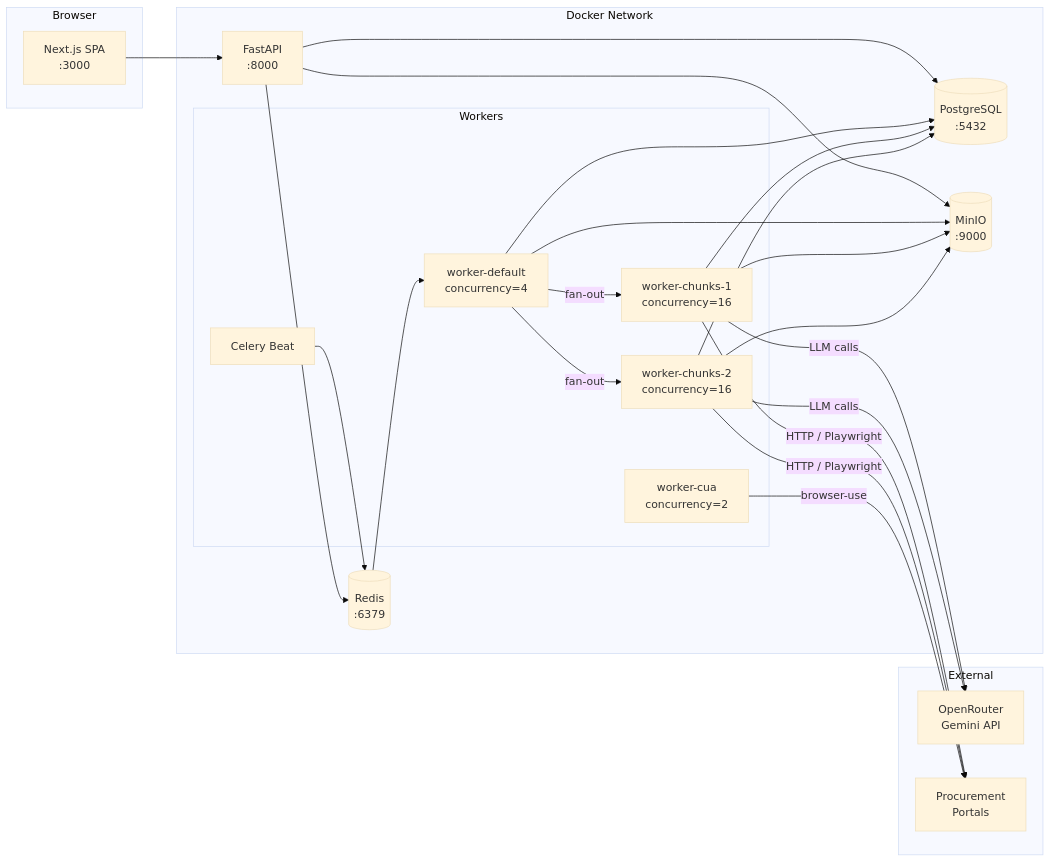
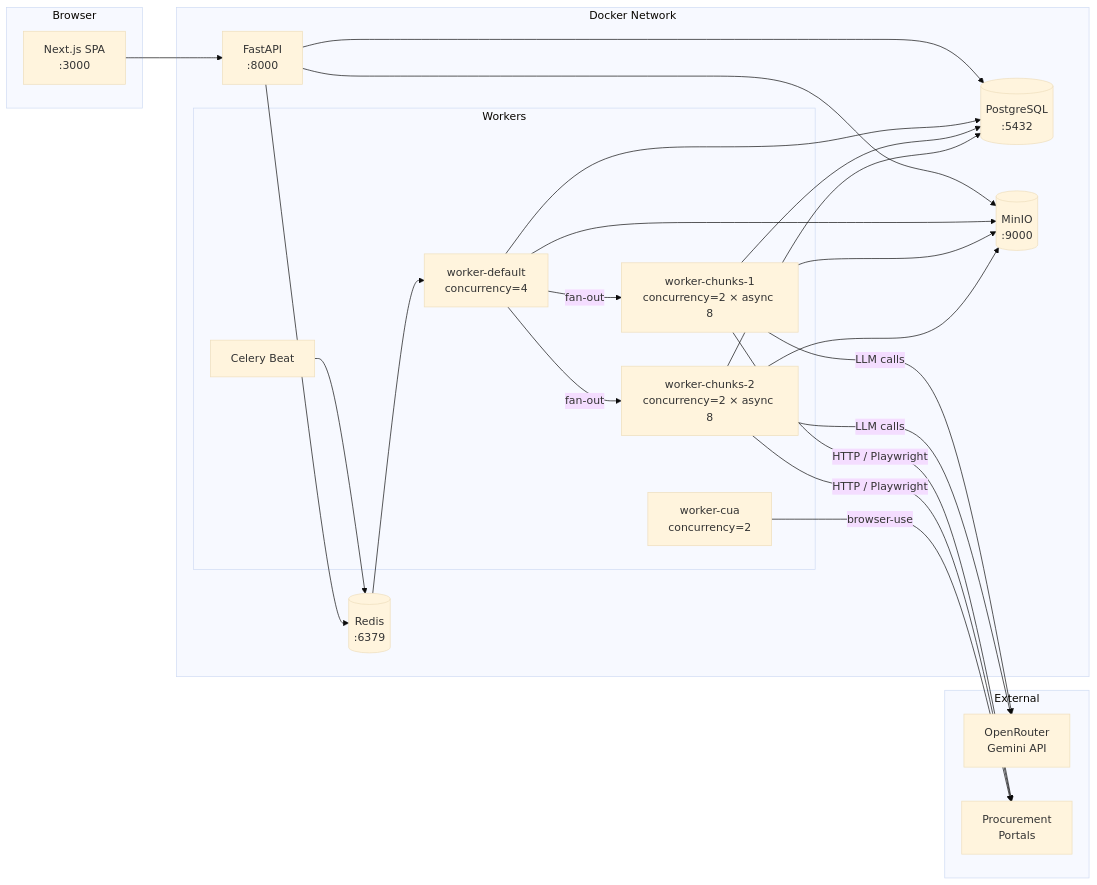
The first of 9 diagrams in docs/ARCHITECTURE.md (Siddharthpatni/Project-1), drawn with Mermaid (base theme) before and after one commit. The commit also changed other lines of this file and 9 other files, not shown here.

````diff
--- a/docs/ARCHITECTURE.md
+++ b/docs/ARCHITECTURE.md
@@ -29,36 +33,36 @@
 ```mermaid
 graph LR
     subgraph Browser
         UI[Next.js SPA<br/>:3000]
     end
 
     subgraph Docker_Network["Docker Network"]
         API[FastAPI<br/>:8000]
         PG[(PostgreSQL<br/>:5432)]
         RD[(Redis<br/>:6379)]
         MN[(MinIO<br/>:9000)]
 
         subgraph Workers
             WD[worker-default<br/>concurrency=4]
-            WC1[worker-chunks-1<br/>concurrency=16]
-            WC2[worker-chunks-2<br/>concurrency=16]
+            WC1[worker-chunks-1<br/>concurrency=2 × async 8]
+            WC2[worker-chunks-2<br/>concurrency=2 × async 8]
             WQ[worker-cua<br/>concurrency=2]
             BT[Celery Beat]
         end
     end
 
     subgraph External
         OR[OpenRouter<br/>Gemini API]
         PT[Procurement<br/>Portals]
     end
 
     UI --> API
     API --> PG & MN & RD
     RD --> WD
     WD -->|fan-out| WC1 & WC2
     WC1 & WC2 -->|HTTP / Playwright| PT
     WC1 & WC2 -->|LLM calls| OR
     WQ -->|browser-use| PT
     WD & WC1 & WC2 --> PG & MN
     BT --> RD
 ```
````
